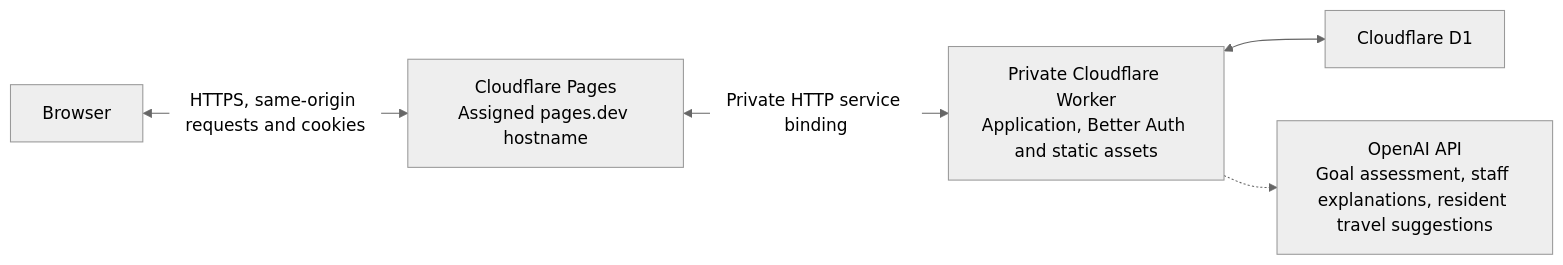
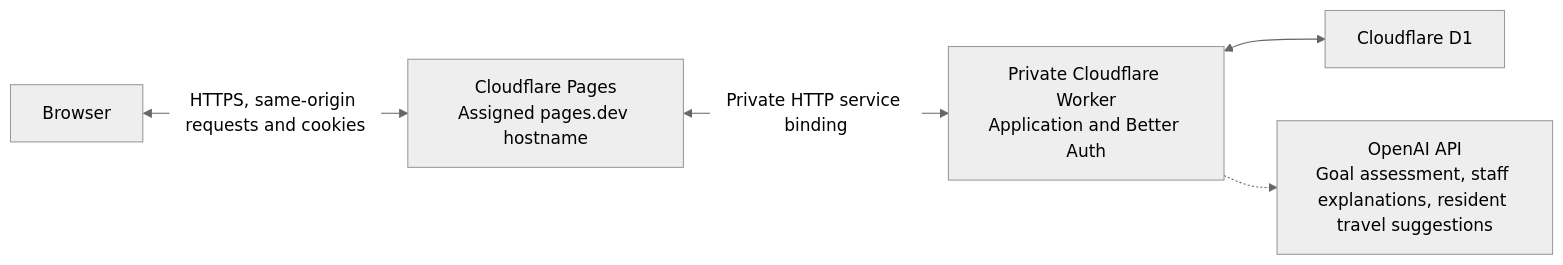
The diagram in doc/architecture.md (denis-barkov/block_fit_app), drawn with Mermaid (neutral theme) before and after one commit. The commit also changed other lines of this file and 20 other files, not shown here.

````diff
--- a/doc/architecture.md
+++ b/doc/architecture.md
@@ -3,13 +3,13 @@
 ```mermaid
 flowchart LR
     browser["Browser"]
     pages["Cloudflare Pages<br/>Assigned pages.dev hostname"]
-    worker["Private Cloudflare Worker<br/>Application, Better Auth and static assets"]
+    worker["Private Cloudflare Worker<br/>Application and Better Auth"]
     d1["Cloudflare D1"]
     openai["OpenAI API<br/>Goal assessment, staff explanations, resident travel suggestions"]
 
     browser <-->|"HTTPS, same-origin requests and cookies"| pages
     pages <-->|"Private HTTP service binding"| worker
     worker <--> d1
     worker -.-> openai
 ```
````
